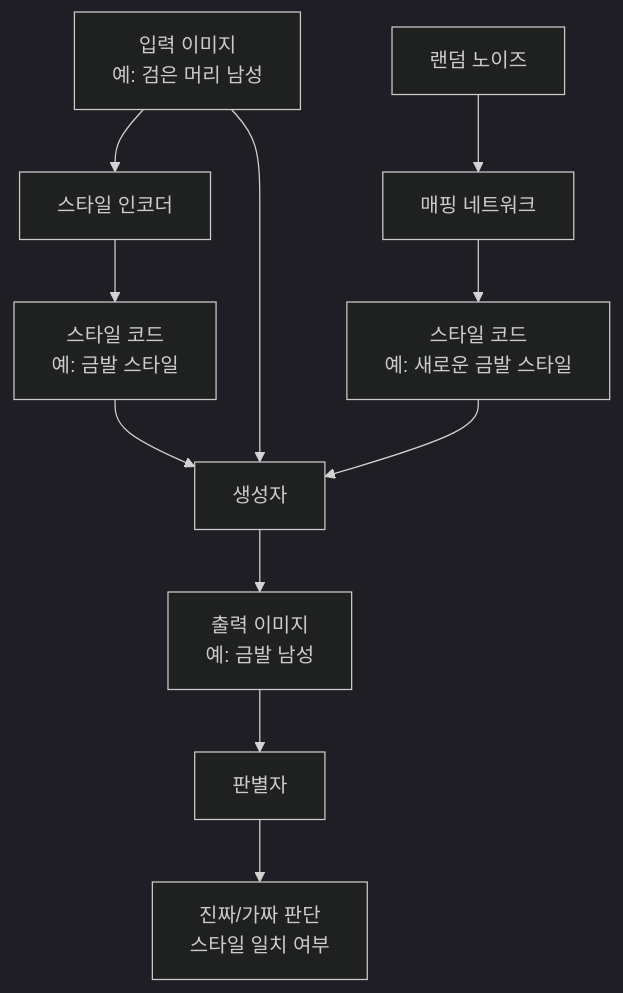
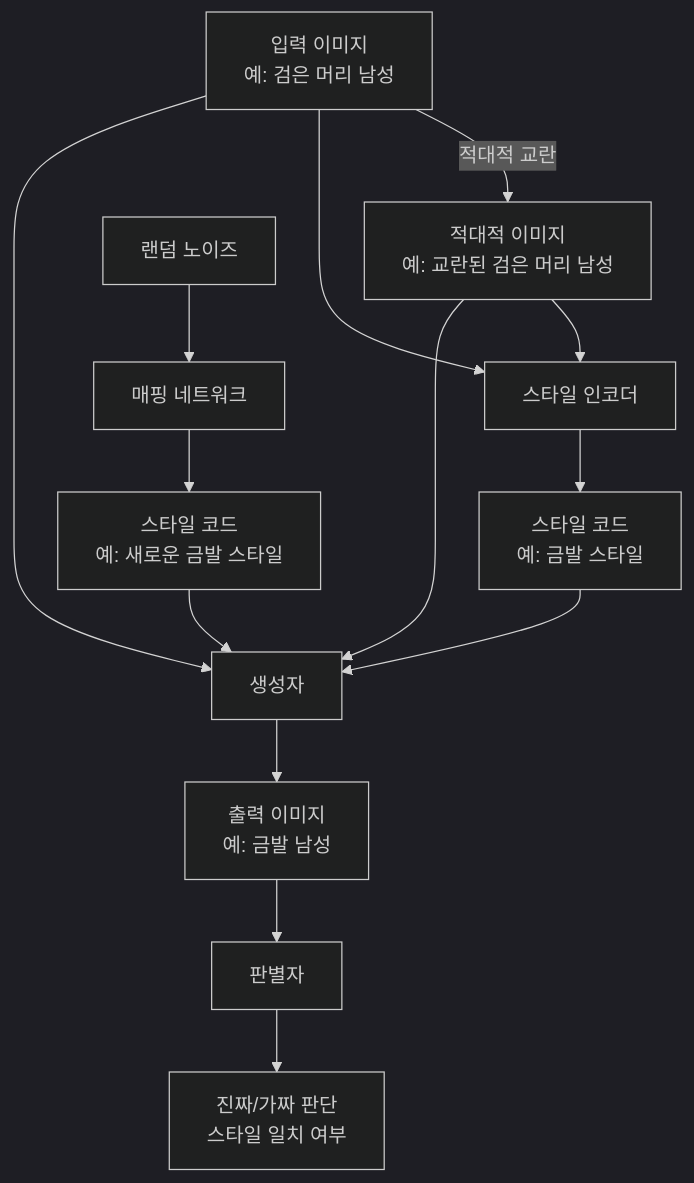
One commit to hyundairotemai2/AIFAKER changed the first of 5 diagrams in README.md. Above: the diagram before and after it, drawn with Mermaid (dark theme).

````diff
--- a/README.md
+++ b/README.md
@@ -26,16 +26,19 @@
 ```mermaid
 graph TD
-    A[입력 이미지<br>예: 검은 머리 남성] --> B[스타일 인코더]
+    A[입력 이미지<br>예: 검은 머리 남성] -->|적대적 교란| A_adv[적대적 이미지<br>예: 교란된 검은 머리 남성]
+    A --> B[스타일 인코더]
+    A_adv --> B
     B --> C[스타일 코드<br>예: 금발 스타일]
     
     D[랜덤 노이즈] --> E[매핑 네트워크]
     E --> F[스타일 코드<br>예: 새로운 금발 스타일]
     
     C --> G[생성자]
     F --> G
     A --> G
+    A_adv --> G
     
     G --> H[출력 이미지<br>예: 금발 남성]
     H --> I[판별자]
     I --> J[진짜/가짜 판단<br>스타일 일치 여부]
 ```
````
